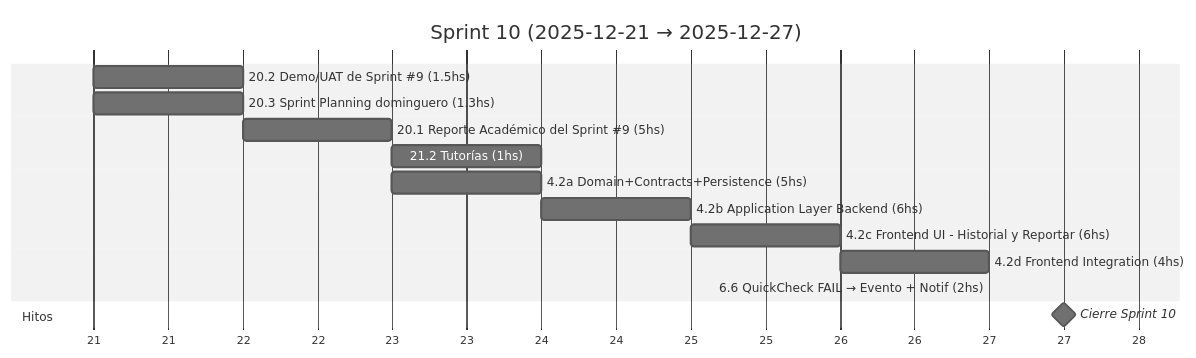
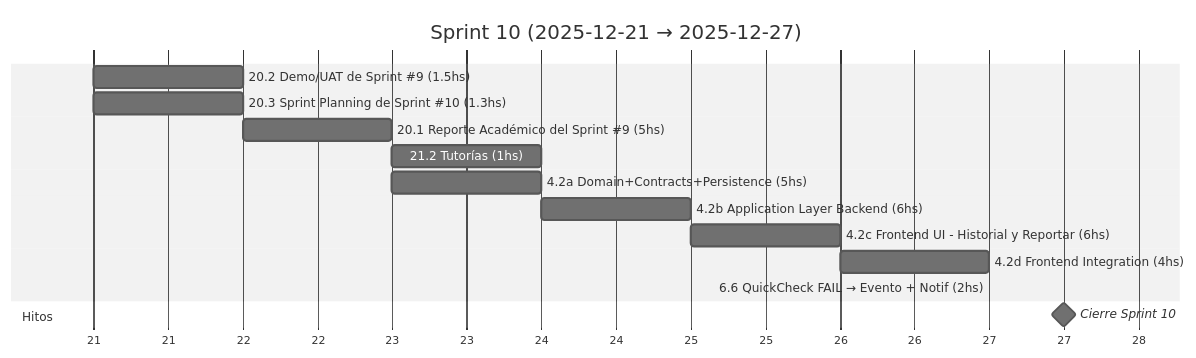
Diagram 11 of 19 in docs/SprintsGantts.md (MarkMed/FleetMan), drawn with Mermaid (neutral theme) before and after one commit. The commit also changed other lines of this file and 2 other files, not shown here.

Commit message:
feat: Update Sprint Planning references to include specific sprint numbers

````diff
--- a/docs/SprintsGantts.md
+++ b/docs/SprintsGantts.md
@@ -331,21 +331,21 @@
 ```mermaid
 gantt
   title Sprint 10 (2025-12-21 → 2025-12-27)
   dateFormat  YYYY-MM-DD
   axisFormat  %d
 
   %% Asumimos 5 h/día. Horas estimadas incluidas en el nombre.
 
   20.2 Demo/UAT de Sprint #9 (1.5hs)           :t202, 2025-12-21, 1d
-  20.3 Sprint Planning dominguero (1.3hs)      :t203, 2025-12-21, 1d
+  20.3 Sprint Planning de Sprint #10 (1.3hs)      :t203, 2025-12-21, 1d
   20.1 Reporte Académico del Sprint #9 (5hs)    :t201, 2025-12-22, 1d
   21.2 Tutorías (1hs)                          :t212, 2025-12-23, 1d
   4.2a Domain+Contracts+Persistence (5hs)      :t42a, 2025-12-23, 1d
   4.2b Application Layer Backend (6hs)         :t42b, after t42a, 1.2d
   4.2c Frontend UI - Historial y Reportar (6hs) :t42c, after t42b, 1.2d
   4.2d Frontend Integration (4hs)              :t42d, after t42c, 0.8d
   6.6 QuickCheck FAIL → Evento + Notif (2hs)  :t66, after t42d, 0.4d
 
   section Hitos
   Cierre Sprint 10                             :milestone, s10, 2025-12-27, 1d
 ```
````
